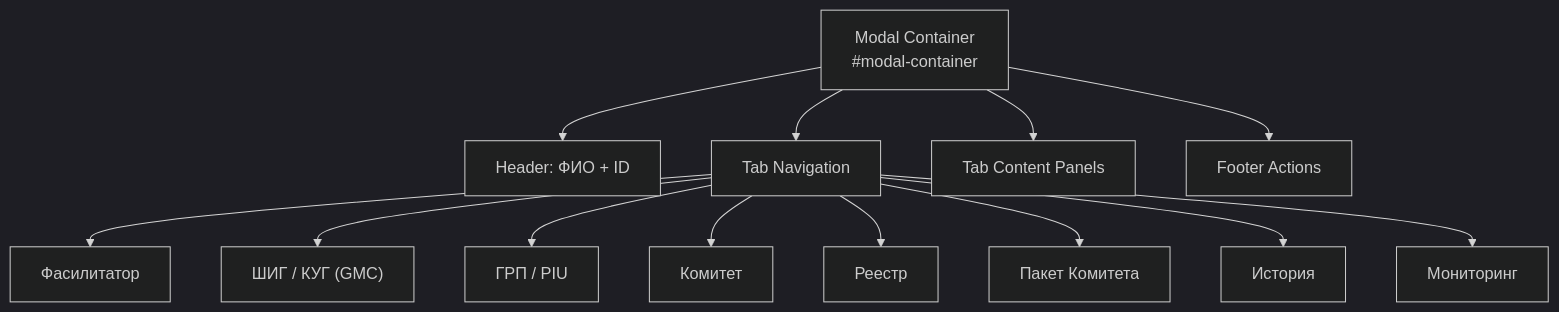
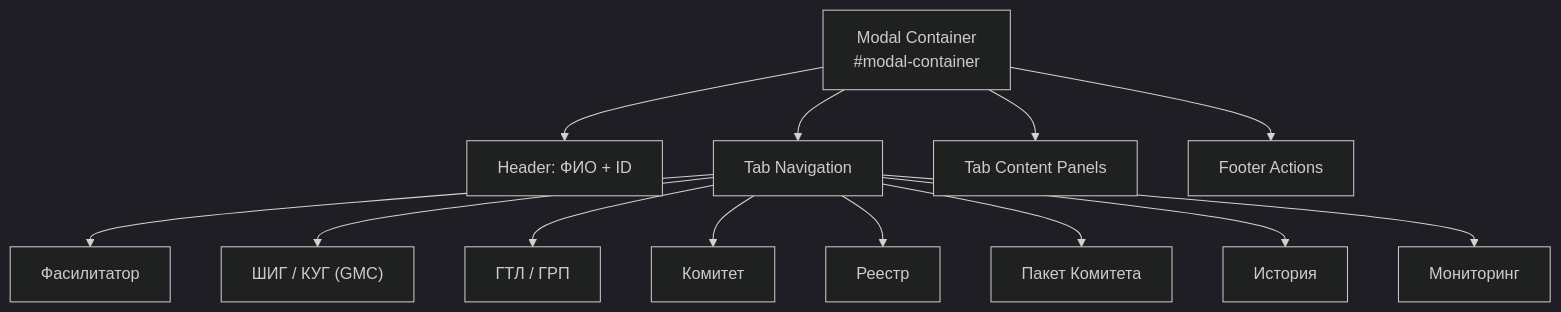
One commit to firka-kh/eip-test changed the third of 6 diagrams in docs/UI-GUIDE.md. Above: the diagram before and after it, drawn with Mermaid (dark theme). The commit also changed other lines of this file and 11 other files, not shown here.

````diff
--- a/docs/UI-GUIDE.md
+++ b/docs/UI-GUIDE.md
@@ -167,18 +167,18 @@
 ```mermaid
 graph TD
     M["Modal Container<br/>#modal-container"]
     
     M --> H["Header: ФИО + ID"]
     M --> TABS["Tab Navigation"]
     M --> BODY["Tab Content Panels"]
     M --> FOOTER["Footer Actions"]
 
     TABS --> T1["Фасилитатор"]
     TABS --> T2["ШИГ / КУГ (GMC)"]
-    TABS --> T3["ГРП / PIU"]
+    TABS --> T3["ГТЛ / ГРП"]
     TABS --> T4["Комитет"]
     TABS --> T5["Реестр"]
     TABS --> T6["Пакет Комитета"]
     TABS --> T7["История"]
     TABS --> T8["Мониторинг"]
 ```
````
